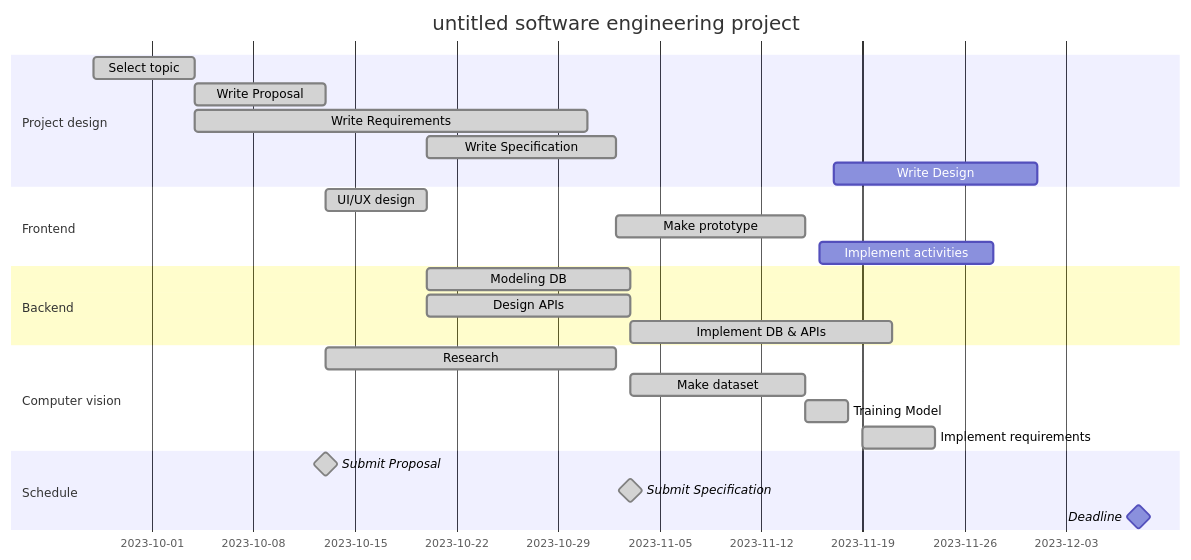
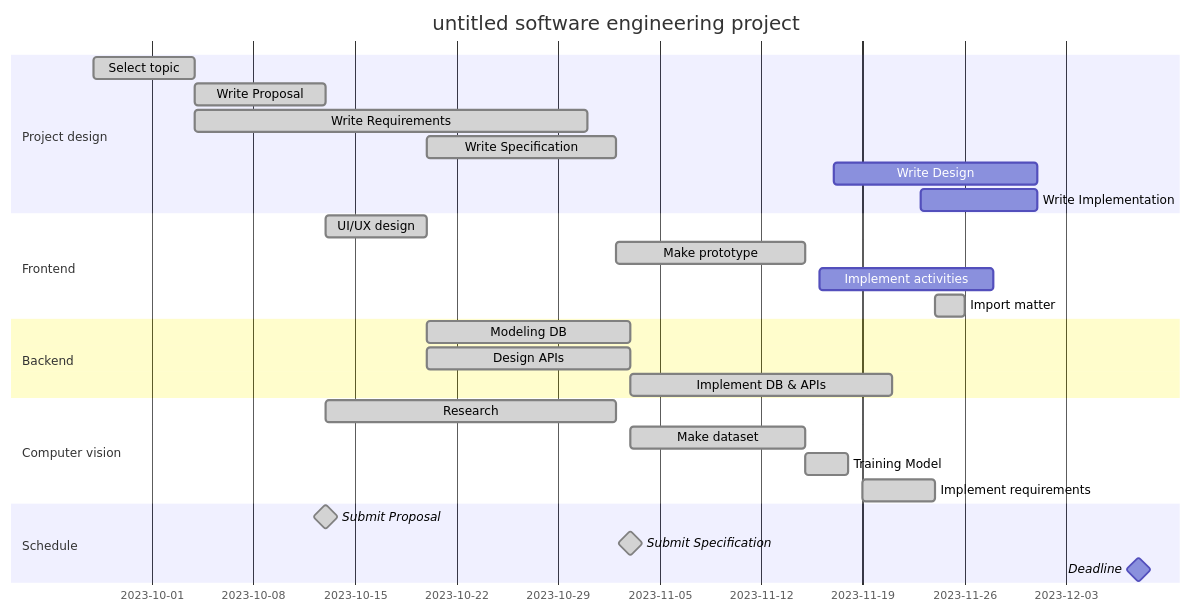
Before and after one commit to se-tmp/.github: the diagram in profile/README.md, drawn with Mermaid.

````diff
--- a/profile/README.md
+++ b/profile/README.md
@@ -7,33 +7,35 @@
 ```mermaid
 gantt
     title untitled software engineering project
     dateFormat  YYYY-MM-DD
 
     section Project design
         Select topic            :done,                2023-09-27, 2023-10-04
         Write Proposal          :done,                2023-10-04, 2023-10-13
         Write Requirements      :done,                2023-10-04, 2023-10-31
         Write Specification     :done,                2023-10-20, 2023-11-02
         Write Design            :                     2023-11-17, 2023-12-01
+        Write Implementation    :                     2023-11-23, 2023-12-01
 
     section Frontend
         UI/UX design            :done,                2023-10-13, 2023-10-20
         Make prototype          :done,                2023-11-02, 2023-11-15
         Implement activities    :                     2023-11-16, 2023-11-28
+        Import matter           :done,                2023-11-24, 2023-11-26
         
     section Backend
         Modeling DB             :done,                2023-10-20, 2023-11-03    
         Design APIs             :done,                2023-10-20, 2023-11-03
         Implement DB & APIs     :done,                2023-11-03, 2023-11-21
 
     section Computer vision
         Research                :done,                2023-10-13, 2023-11-02
         Make dataset            :done,                2023-11-03, 2023-11-15
         Training Model          :done,                2023-11-15, 2023-11-18
         Implement requirements  :done,                2023-11-19, 2023-11-24
 
     section Schedule
         Submit Proposal         :milestone, done,     2023-10-13, 2023-10-13
         Submit Specification    :milestone, done,     2023-11-03, 2023-11-03
         Deadline                :milestone,           2023-12-08, 2023-12-08
 ```
````
